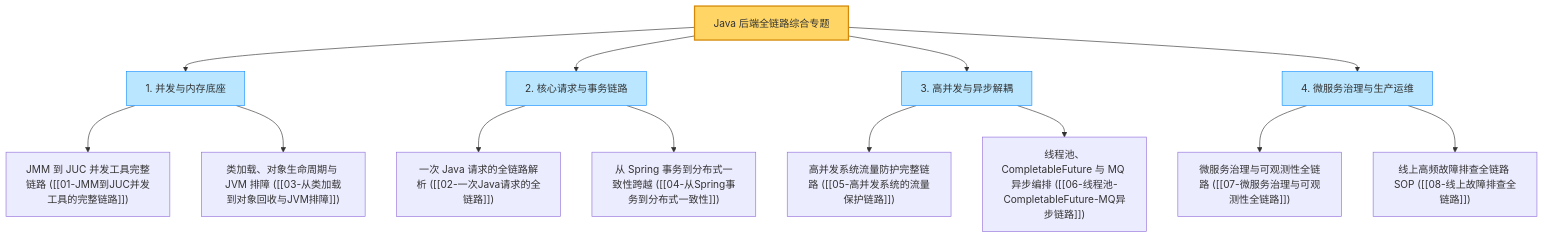
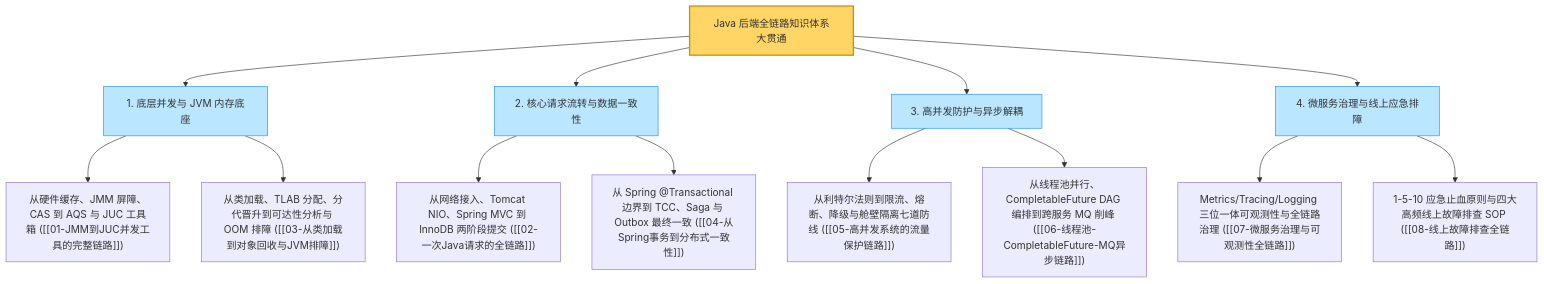
Before and after one commit to GuoWWWX/knowledge-base: the diagram in 20-Java后端/10-知识串联与专题/99-本章总结与复习.md, drawn with Mermaid. The commit also changed other lines of this file and 251 other files, not shown here.

````diff
--- a/20-Java后端/10-知识串联与专题/99-本章总结与复习.md
+++ b/20-Java后端/10-知识串联与专题/99-本章总结与复习.md
@@ -25,23 +25,23 @@
 ```mermaid
 flowchart TD
     classDef root fill:#ffd666,stroke:#d48806,stroke-width:2px;
     classDef branch fill:#bae7ff,stroke:#1890ff,stroke-width:1px;
 
-    Main["Java 后端全链路综合专题"]:::root
+    Main["Java 后端全链路知识体系大贯通"]:::root
 
-    Main --> C1["1. 并发与内存底座"]:::branch
-    C1 --> C11["JMM 到 JUC 并发工具完整链路 ([[01-JMM到JUC并发工具的完整链路]])"]
-    C1 --> C12["类加载、对象生命周期与 JVM 排障 ([[03-从类加载到对象回收与JVM排障]])"]
+    Main --> C1["1. 底层并发与 JVM 内存底座"]:::branch
+    C1 --> C11["从硬件缓存、JMM 屏障、CAS 到 AQS 与 JUC 工具箱 ([[01-JMM到JUC并发工具的完整链路]])"]
+    C1 --> C12["从类加载、TLAB 分配、分代晋升到可达性分析与 OOM 排障 ([[03-从类加载到对象回收与JVM排障]])"]
 
-    Main --> C2["2. 核心请求与事务链路"]:::branch
-    C2 --> C21["一次 Java 请求的全链路解析 ([[02-一次Java请求的全链路]])"]
-    C2 --> C22["从 Spring 事务到分布式一致性跨越 ([[04-从Spring事务到分布式一致性]])"]
+    Main --> C2["2. 核心请求流转与数据一致性"]:::branch
+    C2 --> C21["从网络接入、Tomcat NIO、Spring MVC 到 InnoDB 两阶段提交 ([[02-一次Java请求的全链路]])"]
+    C2 --> C22["从 Spring @Transactional 边界到 TCC、Saga 与 Outbox 最终一致 ([[04-从Spring事务到分布式一致性]])"]
 
-    Main --> C3["3. 高并发与异步解耦"]:::branch
-    C3 --> C31["高并发系统流量防护完整链路 ([[05-高并发系统的流量保护链路]])"]
-    C3 --> C32["线程池、CompletableFuture 与 MQ 异步编排 ([[06-线程池-CompletableFuture-MQ异步链路]])"]
+    Main --> C3["3. 高并发防护与异步解耦"]:::branch
+    C3 --> C31["从利特尔法则到限流、熔断、降级与舱壁隔离七道防线 ([[05-高并发系统的流量保护链路]])"]
+    C3 --> C32["从线程池并行、CompletableFuture DAG 编排到跨服务 MQ 削峰 ([[06-线程池-CompletableFuture-MQ异步链路]])"]
 
-    Main --> C4["4. 微服务治理与生产运维"]:::branch
-    C4 --> C41["微服务治理与可观测性全链路 ([[07-微服务治理与可观测性全链路]])"]
-    C4 --> C42["线上高频故障排查全链路 SOP ([[08-线上故障排查全链路]])"]
+    Main --> C4["4. 微服务治理与线上应急排障"]:::branch
+    C4 --> C41["Metrics/Tracing/Logging 三位一体可观测性与全链路治理 ([[07-微服务治理与可观测性全链路]])"]
+    C4 --> C42["1-5-10 应急止血原则与四大高频线上故障排查 SOP ([[08-线上故障排查全链路]])"]
 ```
````
